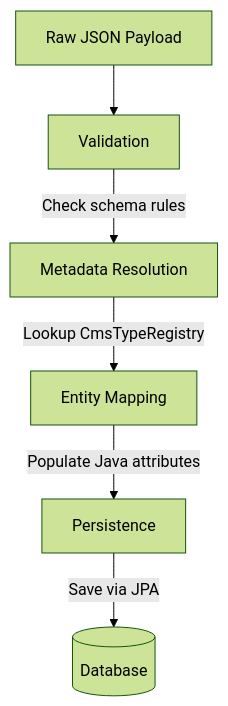
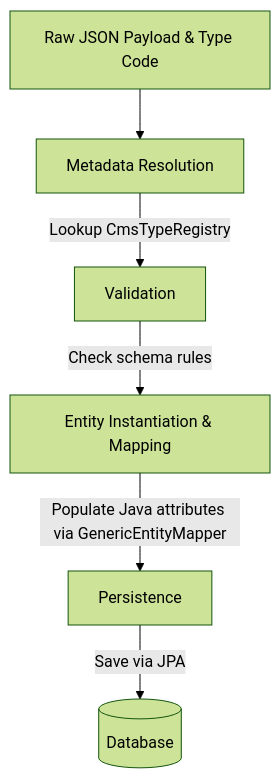
Before and after one commit to adiputera/adiputera.github.io: the second of 2 diagrams in _articles/case-study-headless-cms-demo-part-3.md, drawn with Mermaid (forest theme). The commit also changed other lines of this file and 5 other files, not shown here.

````diff
--- a/_articles/case-study-headless-cms-demo-part-3.md
+++ b/_articles/case-study-headless-cms-demo-part-3.md
@@ -195,8 +205,8 @@
 ```mermaid
 flowchart TD
-    A[Raw JSON Payload] --> B[Validation]
-    B -->|Check schema rules| C[Metadata Resolution]
-    C -->|Lookup CmsTypeRegistry| D[Entity Mapping]
-    D -->|Populate Java attributes| E[Persistence]
+    A[Raw JSON Payload & Type Code] --> B[Metadata Resolution]
+    B -->|Lookup CmsTypeRegistry| C[Validation]
+    C -->|Check schema rules| D[Entity Instantiation & Mapping]
+    D -->|Populate Java attributes via GenericEntityMapper| E[Persistence]
     E -->|Save via JPA| F[(Database)]
 ```
````
